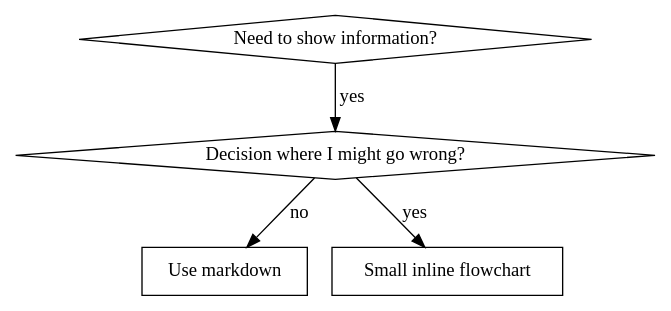
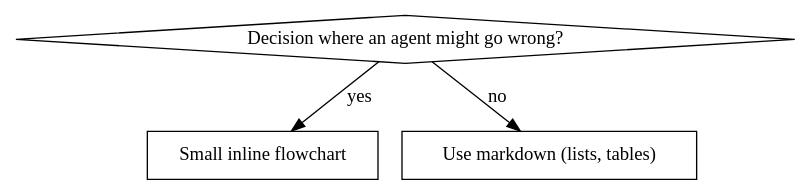
One commit to kirito41dd/k-superpowers changed the first of 2 diagrams in skills/writing-skills/SKILL.md. Above: the diagram before and after it, drawn with Graphviz. The commit also changed 6 other files, not shown here.

First line of the commit message:
Repair skill flowcharts and align intent gate with upstream spirit

````diff
--- a/skills/writing-skills/SKILL.md
+++ b/skills/writing-skills/SKILL.md
@@ -268,12 +268,10 @@
 ```dot
 digraph when_flowchart {
-    "Need to show information?" [shape=diamond];
-    "Decision where I might go wrong?" [shape=diamond];
-    "Use markdown" [shape=box];
+    "Decision where an agent might go wrong?" [shape=diamond];
     "Small inline flowchart" [shape=box];
+    "Use markdown (lists, tables)" [shape=box];
 
-    "Need to show information?" -> "Decision where I might go wrong?" [label="yes"];
-    "Decision where I might go wrong?" -> "Small inline flowchart" [label="yes"];
-    "Decision where I might go wrong?" -> "Use markdown" [label="no"];
+    "Decision where an agent might go wrong?" -> "Small inline flowchart" [label="yes"];
+    "Decision where an agent might go wrong?" -> "Use markdown (lists, tables)" [label="no"];
 }
 ```
````
